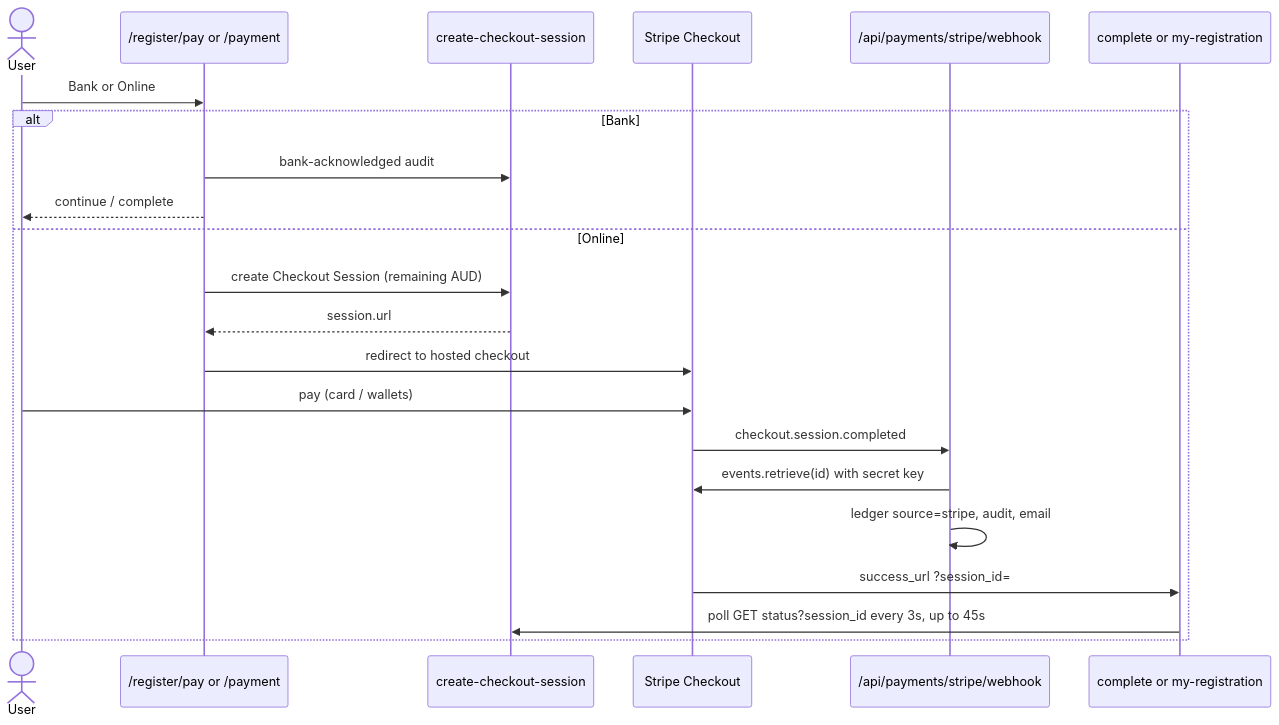
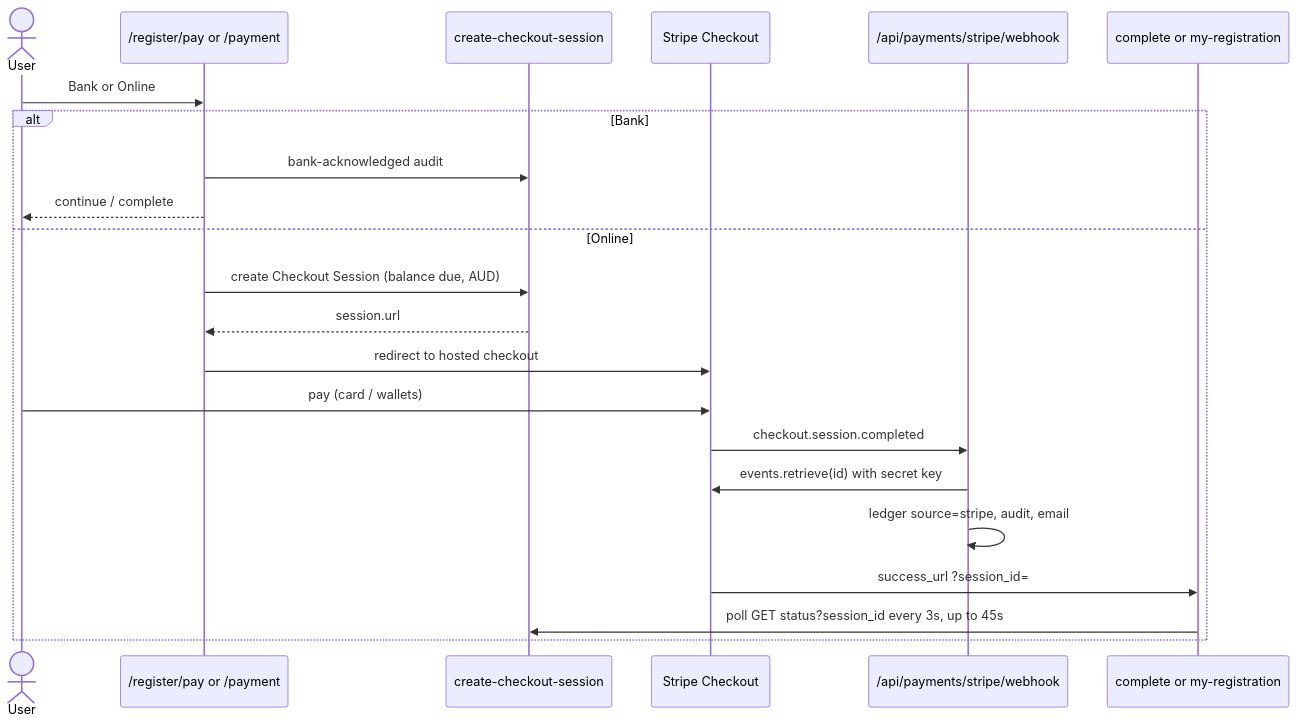
The second of 4 diagrams in docs/flows/payment.md (dotnetmike/CFCA_Registration), drawn with Mermaid before and after one commit. The commit also changed other lines of this file and 24 other files, not shown here.

````diff
--- a/docs/flows/payment.md
+++ b/docs/flows/payment.md
@@ -36,24 +36,24 @@
 ```mermaid
 sequenceDiagram
   actor U as User
   participant Pay as /register/pay or /payment
   participant API as create-checkout-session
   participant Stripe as Stripe Checkout
   participant WH as /api/payments/stripe/webhook
   participant Done as complete or my-registration
   U->>Pay: Bank or Online
   alt Bank
     Pay->>API: bank-acknowledged audit
     Pay-->>U: continue / complete
   else Online
-    Pay->>API: create Checkout Session (remaining AUD)
+    Pay->>API: create Checkout Session (balance due, AUD)
     API-->>Pay: session.url
     Pay->>Stripe: redirect to hosted checkout
     U->>Stripe: pay (card / wallets)
     Stripe->>WH: checkout.session.completed
     WH->>Stripe: events.retrieve(id) with secret key
     WH->>WH: ledger source=stripe, audit, email
     Stripe->>Done: success_url ?session_id=
     Done->>API: poll GET status?session_id every 3s, up to 45s
   end
 ```
````
